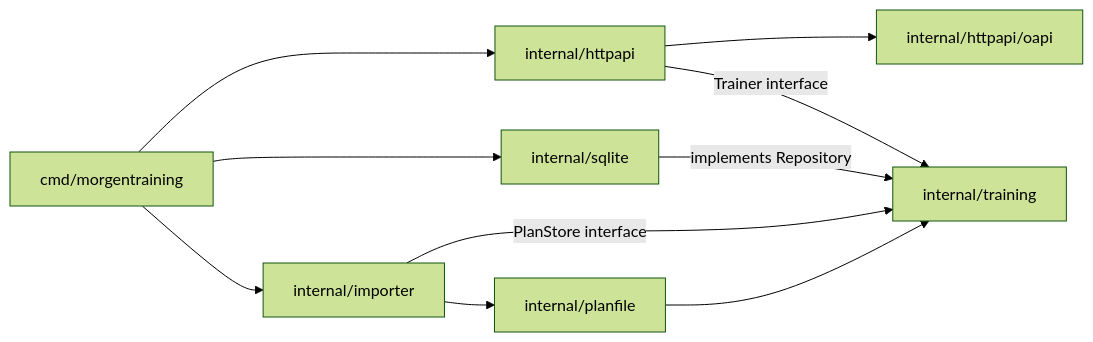
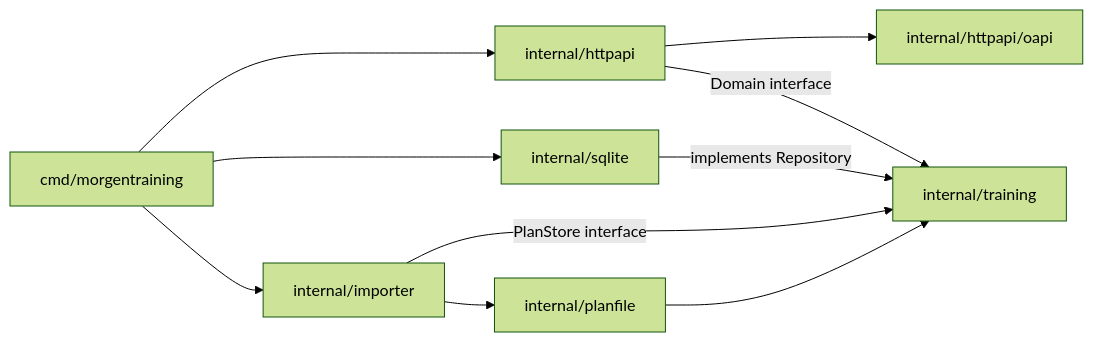
One commit to subpathdev/morgentraining changed the second of 2 diagrams in README.md. Above: the diagram before and after it, drawn with Mermaid (forest theme). The commit also changed other lines of this file and 8 other files, not shown here.

````diff
--- a/README.md
+++ b/README.md
@@ -75,12 +84,12 @@
 ```mermaid
 flowchart LR
     main["cmd/morgentraining"] --> httpapi
     main --> sqlite
     main --> importer
     importer["internal/importer"] -->|"PlanStore interface"| training
     importer --> planfile
     httpapi["internal/httpapi"] --> oapi["internal/httpapi/oapi"]
-    httpapi -->|"Trainer interface"| training
+    httpapi -->|"Domain interface"| training
     planfile["internal/planfile"] --> training
     sqlite["internal/sqlite"] -->|"implements Repository"| training["internal/training"]
 ```
````
